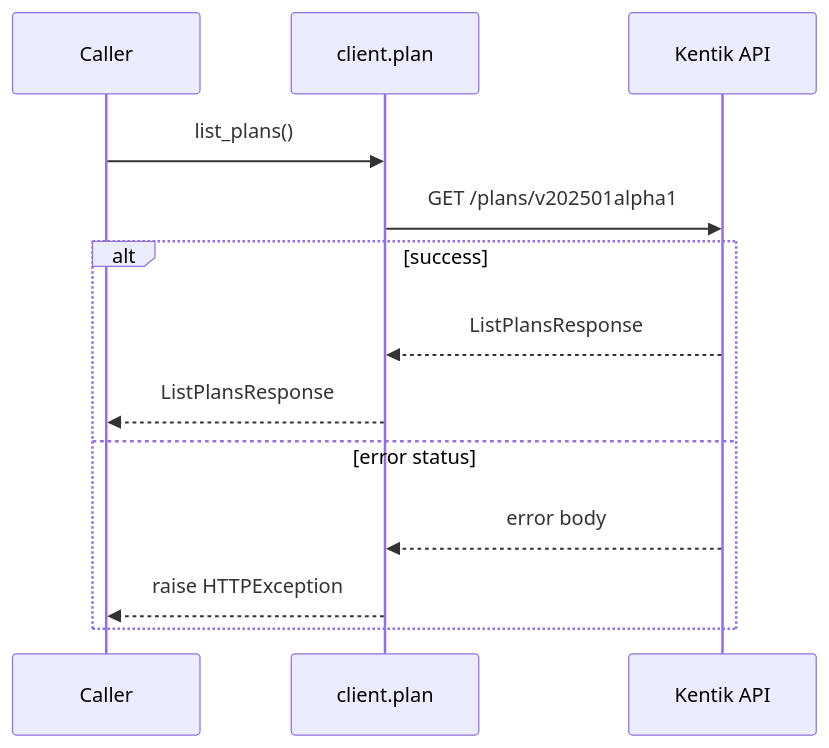
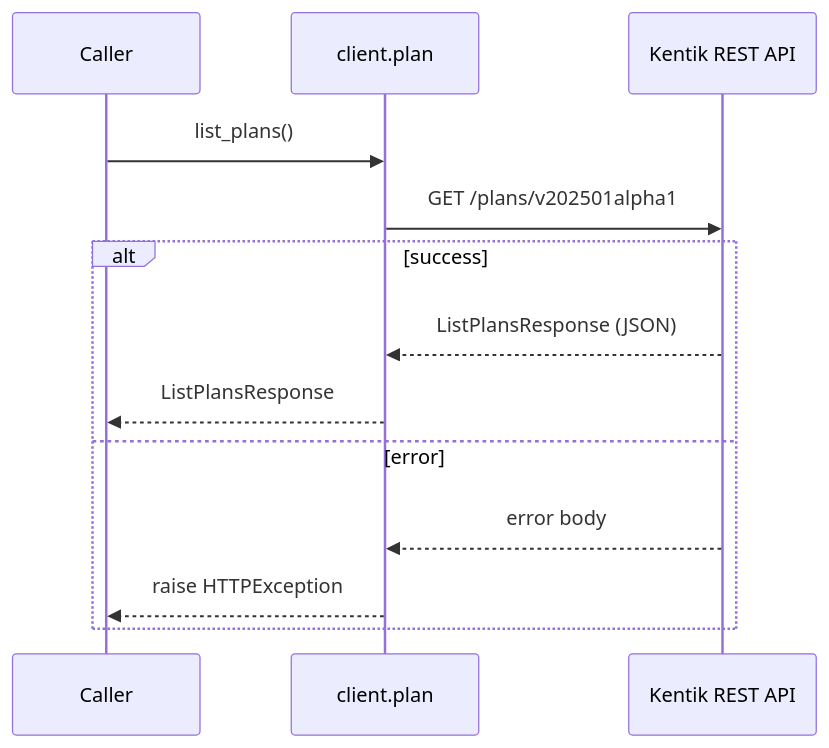
The second of 4 diagrams in docs/sphinx/services/plan.md (alexdearaujo/community_sdk_python), drawn with Mermaid before and after one commit. The commit also changed other lines of this file and 61 other files, not shown here.

````diff
--- a/docs/sphinx/services/plan.md
+++ b/docs/sphinx/services/plan.md
@@ -33,16 +35,16 @@
 ```mermaid
 sequenceDiagram
     participant C as Caller
     participant W as client.plan
-    participant API as Kentik API
+    participant API as Kentik REST API
 
     C->>W: list_plans()
     W->>API: GET /plans/v202501alpha1
     alt success
-        API-->>W: ListPlansResponse
+        API-->>W: ListPlansResponse (JSON)
         W-->>C: ListPlansResponse
-    else error status
+    else error
         API-->>W: error body
         W-->>C: raise HTTPException
     end
 ```
````
